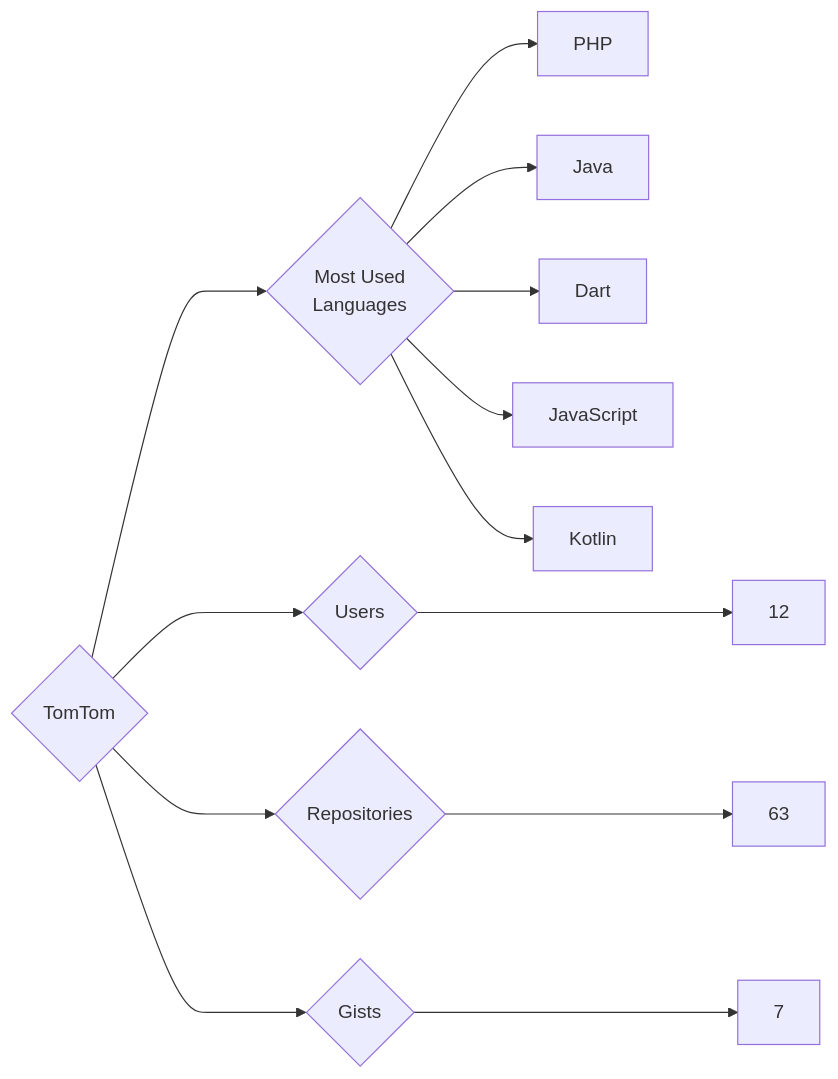
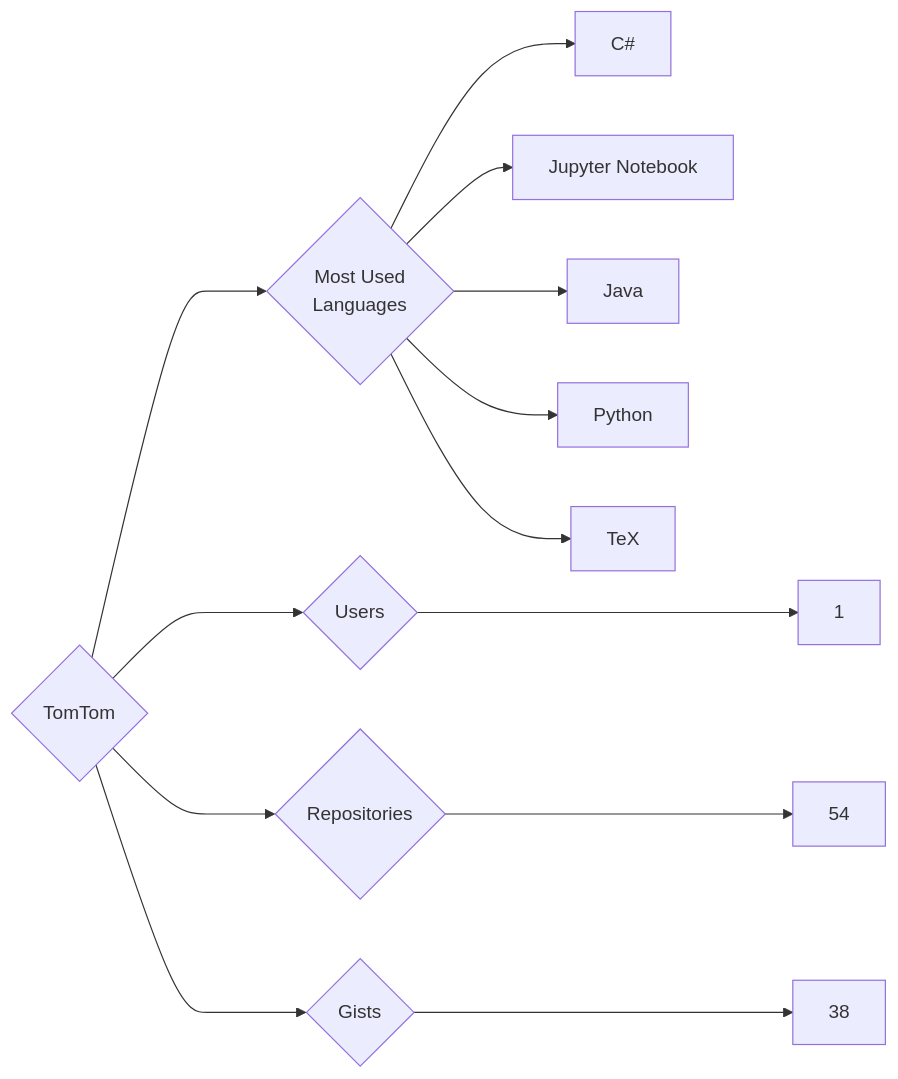
The diagram in targets/TomTom/README.md (trickest/insiders), drawn with Mermaid before and after one commit. The commit also changed 955 other files, not shown here.

````diff
--- a/targets/TomTom/README.md
+++ b/targets/TomTom/README.md
@@ -3,13 +3,13 @@
 ```mermaid
 graph LR
 COMPANY_NAME{TomTom}
-COMPANY_NAME ---> U{Users} ---> UN[12]
-COMPANY_NAME ---> R{Repositories} ---> RN[63]
-COMPANY_NAME ---> G{Gists} ---> GN[7]
+COMPANY_NAME ---> U{Users} ---> UN[1]
+COMPANY_NAME ---> R{Repositories} ---> RN[54]
+COMPANY_NAME ---> G{Gists} ---> GN[38]
 COMPANY_NAME ---> ML{Most Used<br>Languages}
-ML --> PHP[PHP]
+ML --> C#[C#]
+ML --> Jupyter_Notebook[Jupyter Notebook]
 ML --> Java[Java]
-ML --> Dart[Dart]
-ML --> JavaScript[JavaScript]
-ML --> Kotlin[Kotlin]
+ML --> Python[Python]
+ML --> TeX[TeX]
 ```
````
